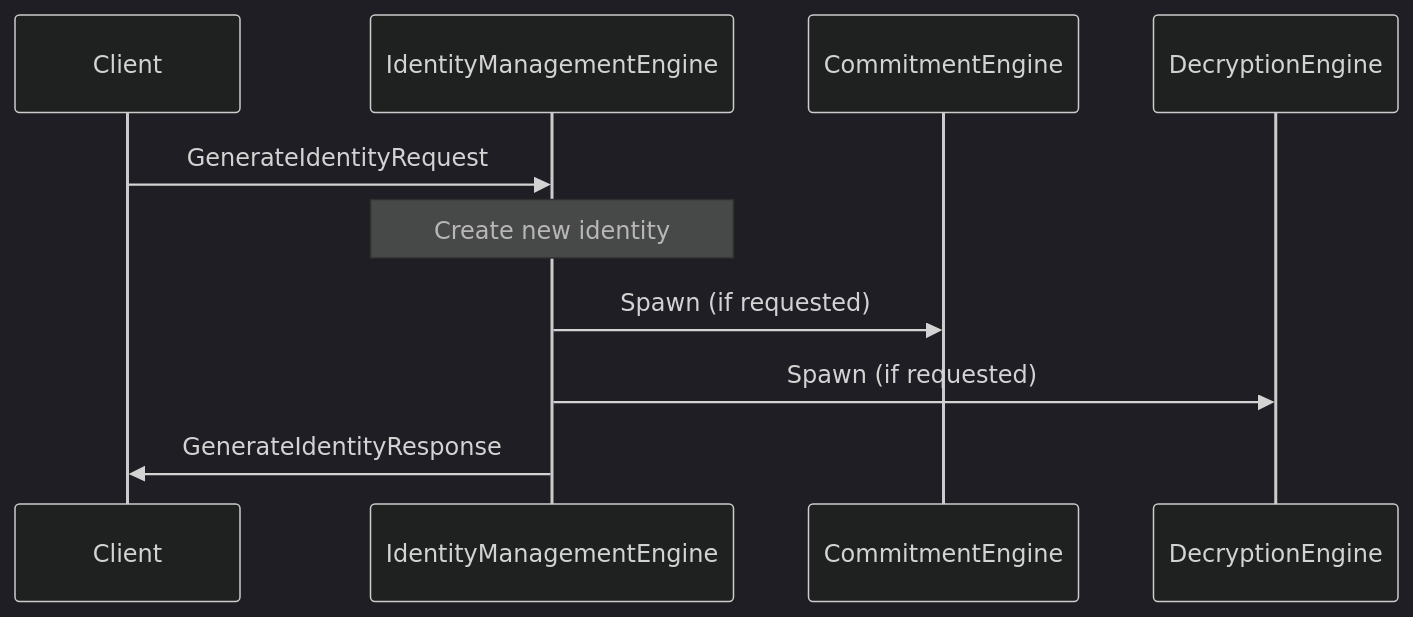
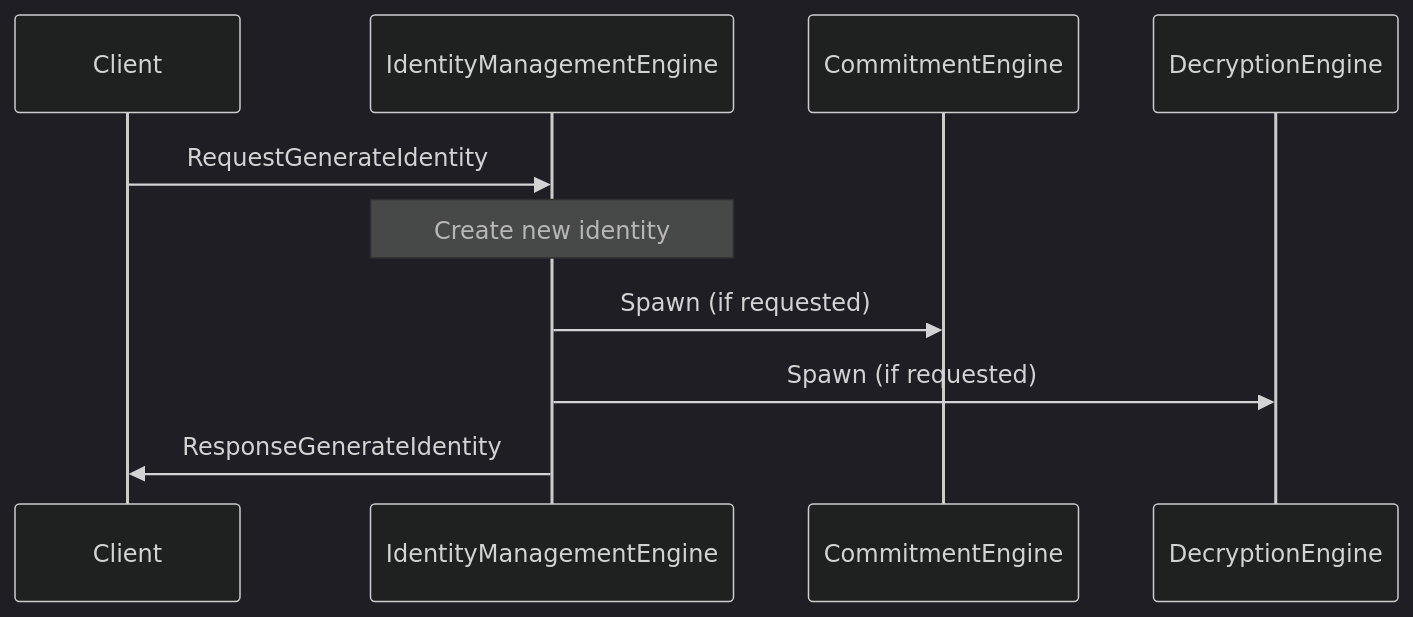
One commit to anoma/nspec changed the first of 3 diagrams in docs/arch/node/engines/identity_management_messages.juvix.md. Above: the diagram before and after it, drawn with Mermaid (dark theme). The commit also changed other lines of this file and 3 other files, not shown here.

````diff
--- a/docs/arch/node/engines/identity_management_messages.juvix.md
+++ b/docs/arch/node/engines/identity_management_messages.juvix.md
@@ -160,13 +170,13 @@
 ```mermaid
 sequenceDiagram
     participant Client
     participant IdentityManagementEngine
     participant CommitmentEngine
     participant DecryptionEngine
 
-    Client->>IdentityManagementEngine: GenerateIdentityRequest
+    Client->>IdentityManagementEngine: RequestGenerateIdentity
     Note over IdentityManagementEngine: Create new identity
     IdentityManagementEngine->>CommitmentEngine: Spawn (if requested)
     IdentityManagementEngine->>DecryptionEngine: Spawn (if requested)
-    IdentityManagementEngine->>Client: GenerateIdentityResponse
+    IdentityManagementEngine->>Client: ResponseGenerateIdentity
 ```
````
